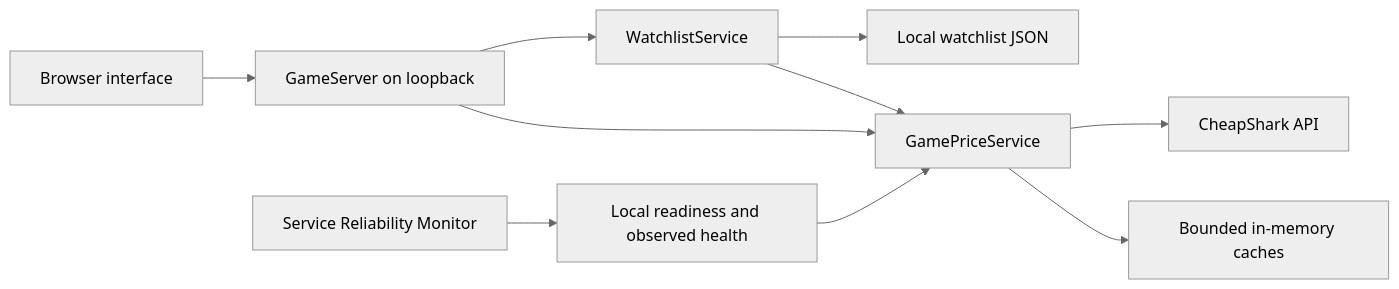
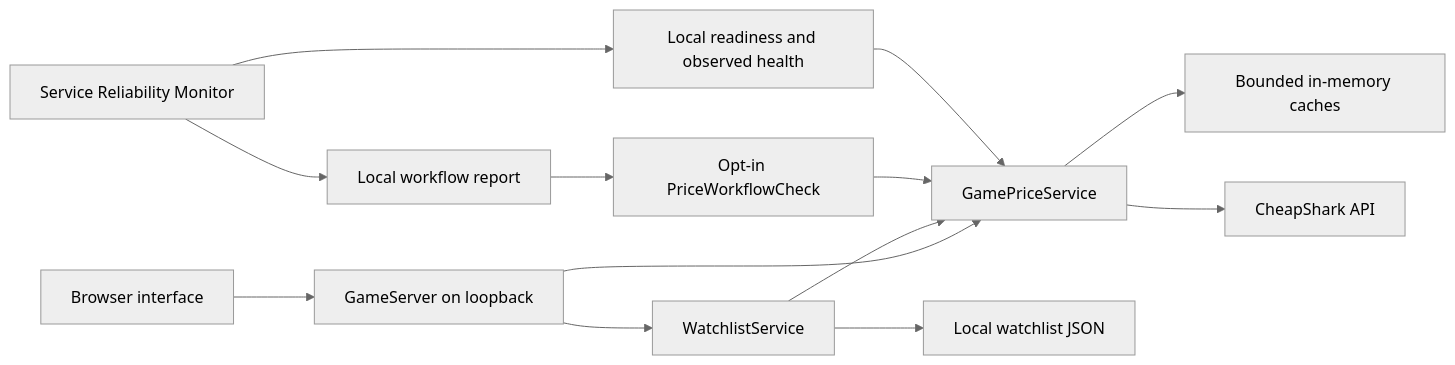
The diagram in docs/architecture.md (behruznovruzlu/game-price-search), drawn with Mermaid (neutral theme) before and after one commit. The commit also changed other lines of this file and 11 other files, not shown here.

````diff
--- a/docs/architecture.md
+++ b/docs/architecture.md
@@ -7,12 +7,15 @@
 ```mermaid
 flowchart LR
     User[Browser interface] --> Server[GameServer on loopback]
     Server --> Service[GamePriceService]
     Service --> Cache[Bounded in-memory caches]
     Service --> API[CheapShark API]
     Server --> Watchlist[WatchlistService]
     Watchlist --> Service
     Watchlist --> Saved[Local watchlist JSON]
+    Workflow[Opt-in PriceWorkflowCheck] --> Service
+    Monitor --> Report[Local workflow report]
+    Report --> Workflow
     Monitor[Service Reliability Monitor] --> Health[Local readiness and observed health]
     Health --> Service
 ```
````
